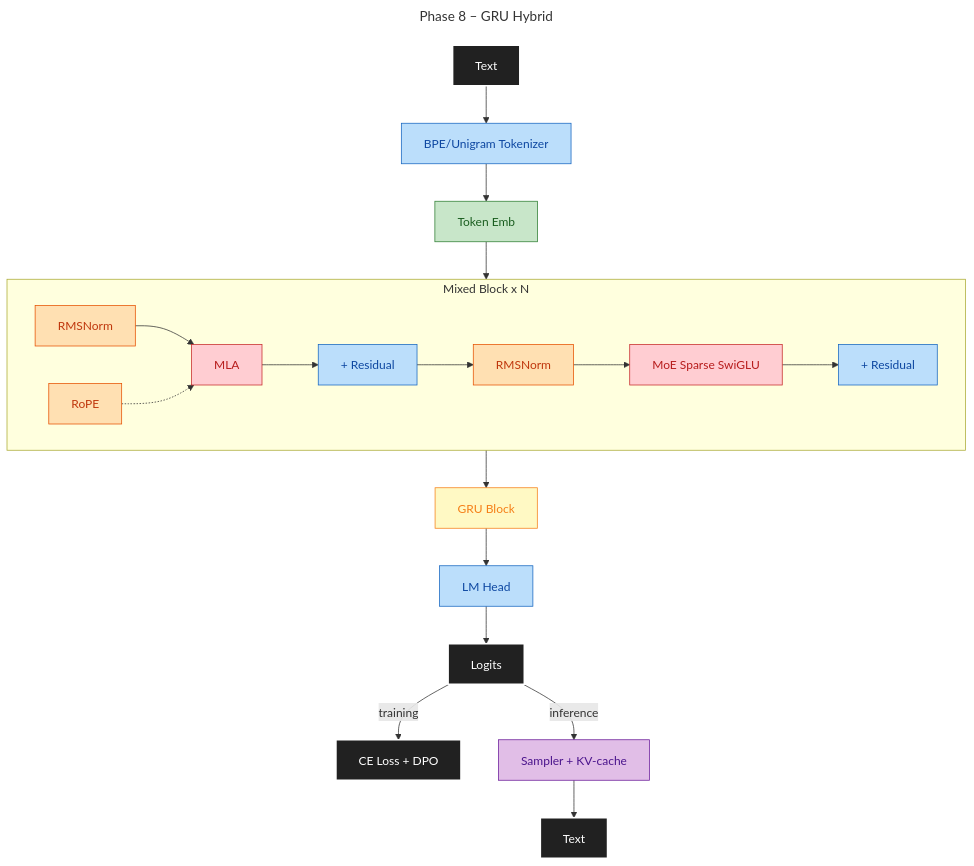
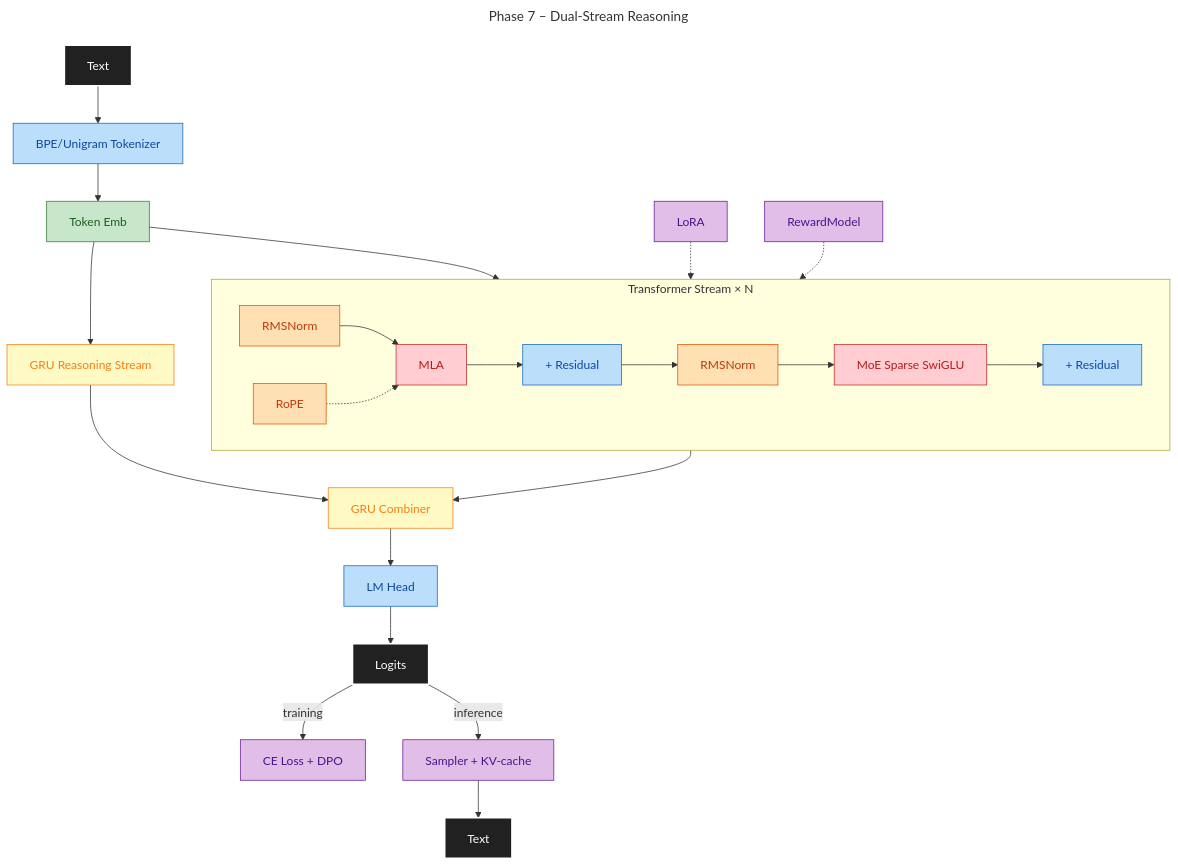
Before and after one commit to maxjbarfuss/max_llm: the sixth of 7 diagrams in docs/DESIGN.md, drawn with Mermaid. The commit also changed other lines of this file and 10 other files, not shown here.

````diff
--- a/docs/DESIGN.md
+++ b/docs/DESIGN.md
@@ -118,22 +149,30 @@
 ```mermaid
 ---
-title: Phase 8 – GRU Hybrid
+title: Phase 7 – Dual-Stream Reasoning
 ---
 graph TD
-    A[Text]:::io --> B[BPE/Unigram Tokenizer]:::p3 --> C[Token Emb]:::p2 --> Block
-    subgraph Block[Mixed Block x N]
+    A[Text]:::io --> B[BPE/Unigram Tokenizer]:::p3 --> C[Token Emb]:::p2
+    C --> TStream
+    C --> RGRU[GRU Reasoning Stream]:::p7
+
+    subgraph TStream[Transformer Stream × N]
         direction LR
-        D[RMSNorm]:::p4 --> E[MLA]:::p7 --> F[+ Residual]:::p3 --> G[RMSNorm]:::p4 --> H[MoE Sparse SwiGLU]:::p7 --> I[+ Residual]:::p3
+        D[RMSNorm]:::p4 --> E[MLA]:::p6 --> F[+ Residual]:::p3 --> G[RMSNorm]:::p4 --> H[MoE Sparse SwiGLU]:::p6 --> I[+ Residual]:::p3
         RoPE:::p4 -.-> E
     end
-    Block --> GRU[GRU Block]:::p8 --> J[LM Head]:::p3 --> K[Logits]:::io
-    K -->|training| L[CE Loss + DPO]:::io
-    K -->|inference| M[Sampler + KV-cache]:::p56 --> N[Text]:::io
+
+    LoRA:::p5 -.-> TStream
+    RewardModel:::p5 -.-> TStream
+    TStream --> COMB[GRU Combiner]:::p7
+    RGRU --> COMB
+    COMB --> J[LM Head]:::p3 --> K[Logits]:::io
+    K -->|training| L[CE Loss + DPO]:::p5
+    K -->|inference| M[Sampler + KV-cache]:::p5 --> N[Text]:::io
     classDef io fill:#212121,stroke:#FFFFFF,color:#FFFFFF,stroke-width:2px
     classDef p2 fill:#C8E6C9,stroke:#2E7D32,color:#1B5E20
     classDef p3 fill:#BBDEFB,stroke:#1565C0,color:#0D47A1
     classDef p4 fill:#FFE0B2,stroke:#E65100,color:#BF360C
-    classDef p56 fill:#E1BEE7,stroke:#6A1B9A,color:#4A148C
-    classDef p7 fill:#FFCDD2,stroke:#C62828,color:#B71C1C
-    classDef p8 fill:#FFF9C4,stroke:#F57F17,color:#F57F17
+    classDef p5 fill:#E1BEE7,stroke:#6A1B9A,color:#4A148C
+    classDef p6 fill:#FFCDD2,stroke:#C62828,color:#B71C1C
+    classDef p7 fill:#FFF9C4,stroke:#F57F17,color:#F57F17
 ```
````
